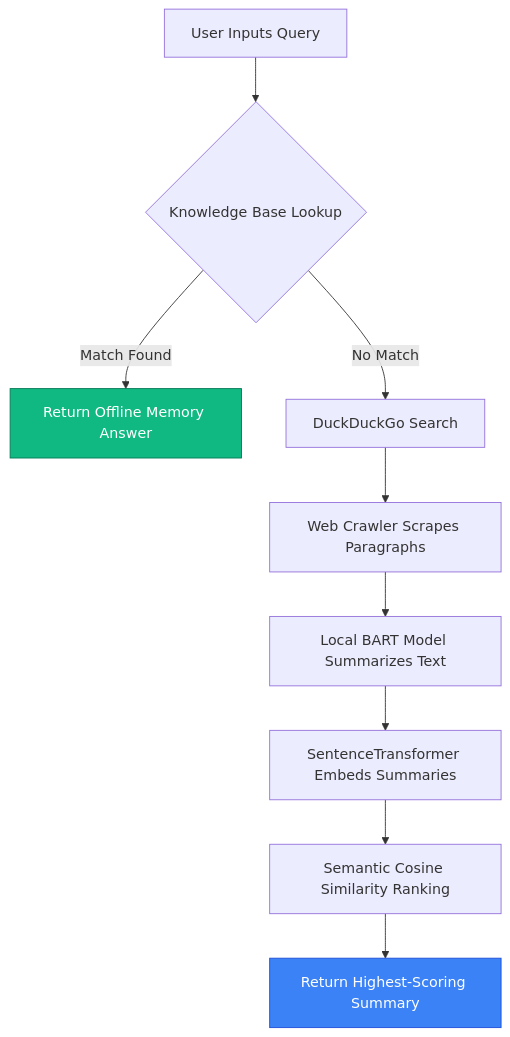
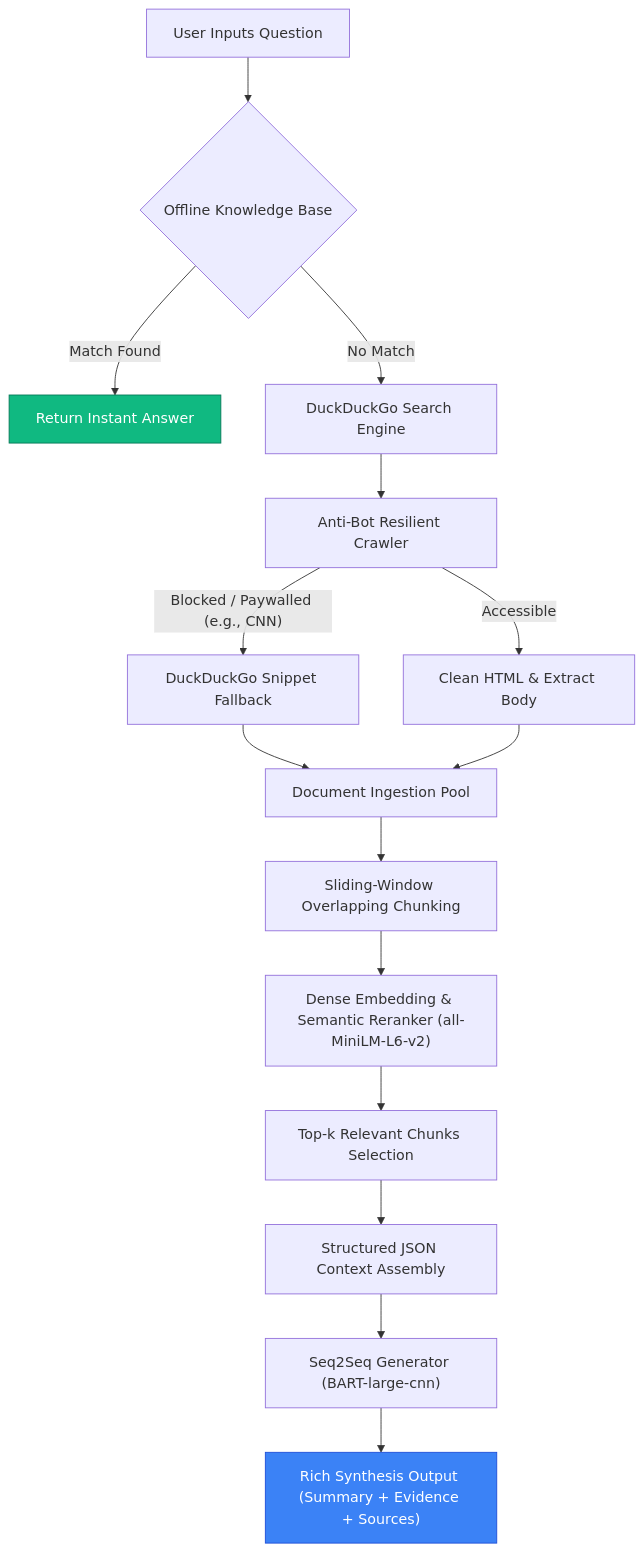
One commit to rajivchandak25/Webscrapper-bot changed the diagram in README.md. Above: the diagram before and after it, drawn with Mermaid. The commit also changed other lines of this file and 7 other files, not shown here.

Commit message:
feat: upgrade RAG pipeline with anti-bot defense, overlapping chunking, dense reranking, and structured generation

````diff
--- a/README.md
+++ b/README.md
@@ -13,14 +13,20 @@
 ```mermaid
-graph TD
-    A[User Inputs Query] --> B{Knowledge Base Lookup}
-    B -- Match Found --> C[Return Offline Memory Answer]
-    B -- No Match --> D[DuckDuckGo Search]
-    D --> E[Web Crawler Scrapes Paragraphs]
-    E --> F[Local BART Model Summarizes Text]
-    F --> G[SentenceTransformer Embeds Summaries]
-    G --> H[Semantic Cosine Similarity Ranking]
-    H --> I[Return Highest-Scoring Summary]
+flowchart TD
+    A["User Inputs Question"] --> B{"Offline Knowledge Base"}
+    B -- "Match Found" --> C["Return Instant Answer"]
+    B -- "No Match" --> D["DuckDuckGo Search Engine"]
+    D --> E["Anti-Bot Resilient Crawler"]
+    E -- "Blocked / Paywalled (e.g., CNN)" --> F["DuckDuckGo Snippet Fallback"]
+    E -- "Accessible" --> G["Clean HTML & Extract Body"]
+    F --> H["Document Ingestion Pool"]
+    G --> H
+    H --> I["Sliding-Window Overlapping Chunking"]
+    I --> J["Dense Embedding & Semantic Reranker (all-MiniLM-L6-v2)"]
+    J --> K["Top-k Relevant Chunks Selection"]
+    K --> L["Structured JSON Context Assembly"]
+    L --> M["Seq2Seq Generator (BART-large-cnn)"]
+    M --> N["Rich Synthesis Output (Summary + Evidence + Sources)"]
 
     style C fill:#10b981,stroke:#047857,color:#ffffff
-    style I fill:#3b82f6,stroke:#1d4ed8,color:#ffffff
+    style N fill:#3b82f6,stroke:#1d4ed8,color:#ffffff
 ```
````
